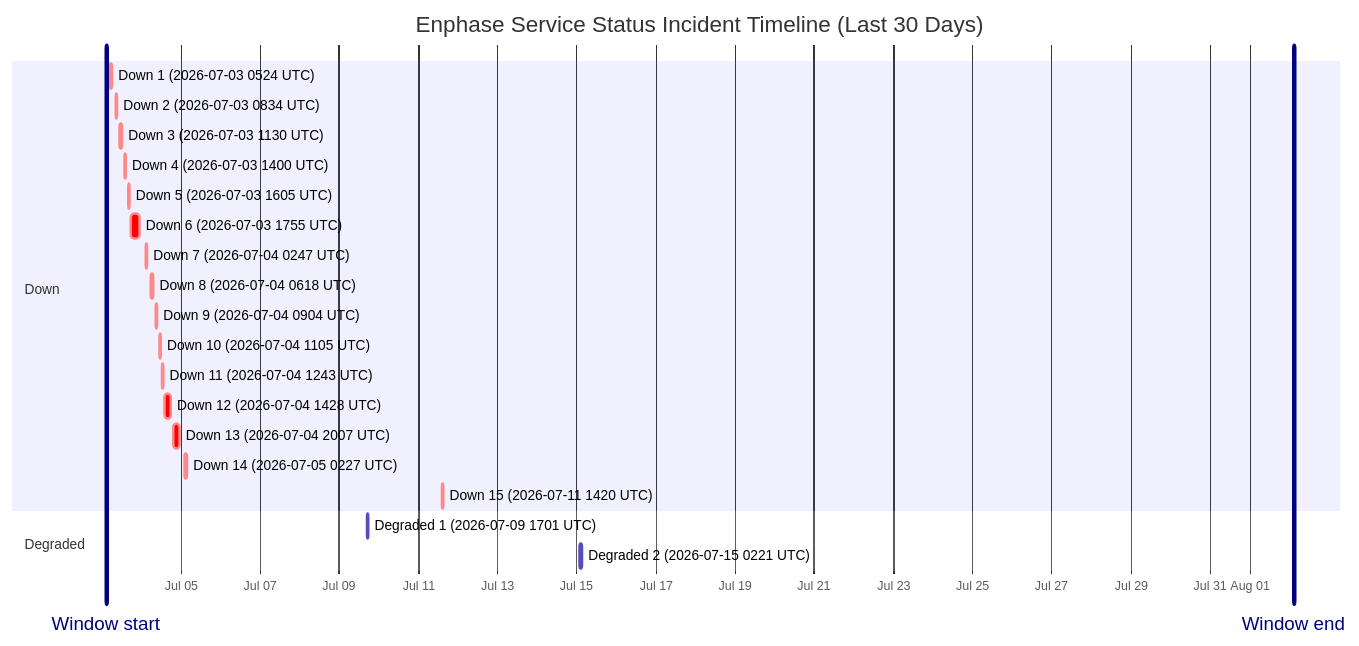
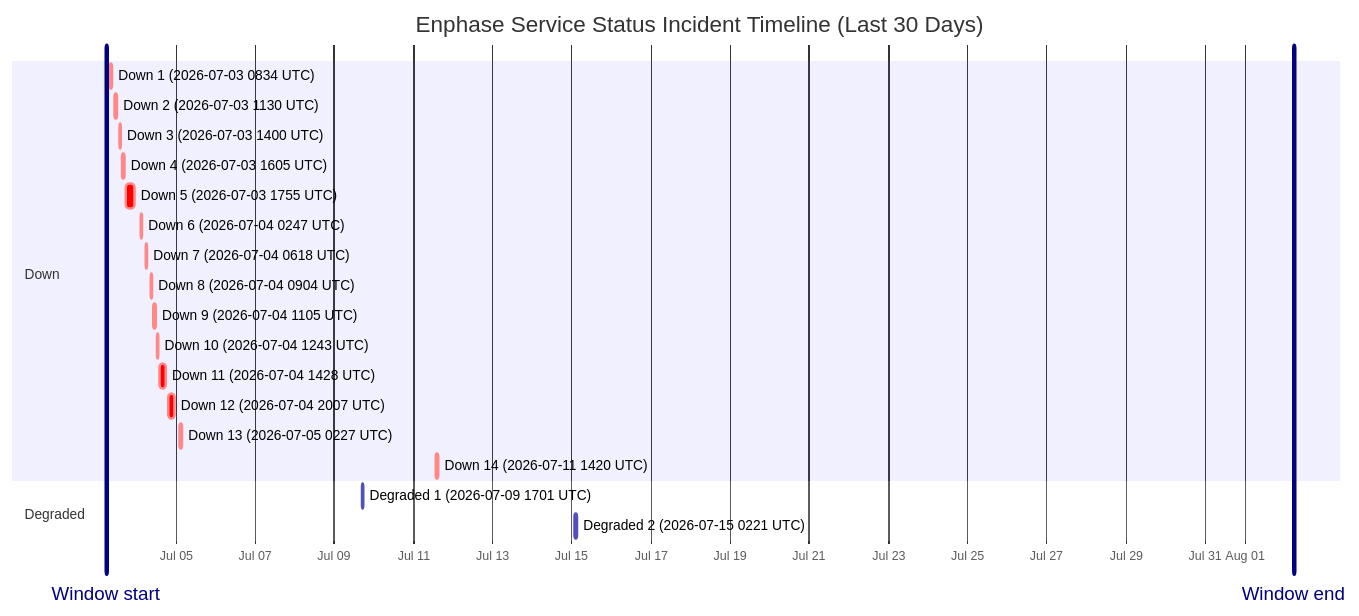
The diagram in wiki/Service-Status-History.md (barneyonline/ha-enphase-energy), drawn with Mermaid before and after one commit. The commit also changed other lines of this file and 3 other files, not shown here.

````diff
--- a/wiki/Service-Status-History.md
+++ b/wiki/Service-Status-History.md
@@ -14,27 +14,26 @@
 ```mermaid
 gantt
     title Enphase Service Status Incident Timeline (Last 30 Days)
     dateFormat  YYYY-MM-DDTHH:mm:ss
     axisFormat  %b %d
-    Window start :vert, window-start, 2026-07-03T02:49:38, 0ms
-    Window end :vert, window-end, 2026-08-02T02:49:38, 0ms
+    Window start :vert, window-start, 2026-07-03T05:56:06, 0ms
+    Window end :vert, window-end, 2026-08-02T05:56:06, 0ms
     section Down
-    Down 1 (2026-07-03 0524 UTC) :crit, down-1, 2026-07-03T05:24:23, 60m
-    Down 2 (2026-07-03 0834 UTC) :crit, down-2, 2026-07-03T08:34:05, 60m
-    Down 3 (2026-07-03 1130 UTC) :crit, down-3, 2026-07-03T11:30:41, 60m
-    Down 4 (2026-07-03 1400 UTC) :crit, down-4, 2026-07-03T14:00:48, 60m
-    Down 5 (2026-07-03 1605 UTC) :crit, down-5, 2026-07-03T16:05:49, 60m
-    Down 6 (2026-07-03 1755 UTC) :crit, down-6, 2026-07-03T17:55:54, 338m
-    Down 7 (2026-07-04 0247 UTC) :crit, down-7, 2026-07-04T02:47:22, 60m
-    Down 8 (2026-07-04 0618 UTC) :crit, down-8, 2026-07-04T06:18:09, 60m
-    Down 9 (2026-07-04 0904 UTC) :crit, down-9, 2026-07-04T09:04:41, 60m
-    Down 10 (2026-07-04 1105 UTC) :crit, down-10, 2026-07-04T11:05:21, 60m
-    Down 11 (2026-07-04 1243 UTC) :crit, down-11, 2026-07-04T12:43:25, 60m
-    Down 12 (2026-07-04 1428 UTC) :crit, down-12, 2026-07-04T14:28:07, 243m
-    Down 13 (2026-07-04 2007 UTC) :crit, down-13, 2026-07-04T20:07:50, 206m
-    Down 14 (2026-07-05 0227 UTC) :crit, down-14, 2026-07-05T02:27:32, 109m
-    Down 15 (2026-07-11 1420 UTC) :crit, down-15, 2026-07-11T14:20:54, 69m
+    Down 1 (2026-07-03 0834 UTC) :crit, down-1, 2026-07-03T08:34:05, 60m
+    Down 2 (2026-07-03 1130 UTC) :crit, down-2, 2026-07-03T11:30:41, 60m
+    Down 3 (2026-07-03 1400 UTC) :crit, down-3, 2026-07-03T14:00:48, 60m
+    Down 4 (2026-07-03 1605 UTC) :crit, down-4, 2026-07-03T16:05:49, 60m
+    Down 5 (2026-07-03 1755 UTC) :crit, down-5, 2026-07-03T17:55:54, 338m
+    Down 6 (2026-07-04 0247 UTC) :crit, down-6, 2026-07-04T02:47:22, 60m
+    Down 7 (2026-07-04 0618 UTC) :crit, down-7, 2026-07-04T06:18:09, 60m
+    Down 8 (2026-07-04 0904 UTC) :crit, down-8, 2026-07-04T09:04:41, 60m
+    Down 9 (2026-07-04 1105 UTC) :crit, down-9, 2026-07-04T11:05:21, 60m
+    Down 10 (2026-07-04 1243 UTC) :crit, down-10, 2026-07-04T12:43:25, 60m
+    Down 11 (2026-07-04 1428 UTC) :crit, down-11, 2026-07-04T14:28:07, 243m
+    Down 12 (2026-07-04 2007 UTC) :crit, down-12, 2026-07-04T20:07:50, 206m
+    Down 13 (2026-07-05 0227 UTC) :crit, down-13, 2026-07-05T02:27:32, 109m
+    Down 14 (2026-07-11 1420 UTC) :crit, down-14, 2026-07-11T14:20:54, 69m
     section Degraded
     Degraded 1 (2026-07-09 1701 UTC) :active, degraded-1, 2026-07-09T17:01:02, 60m
     Degraded 2 (2026-07-15 0221 UTC) :active, degraded-2, 2026-07-15T02:21:35, 60m
 ```
````
